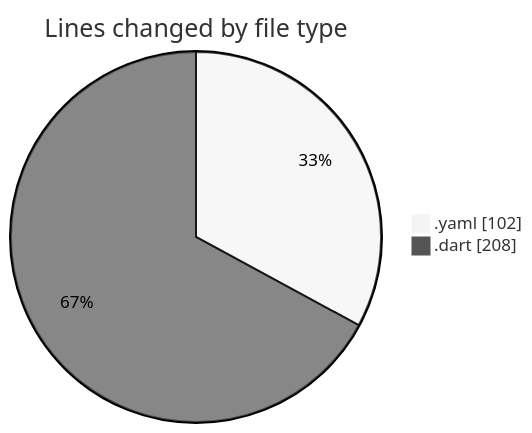
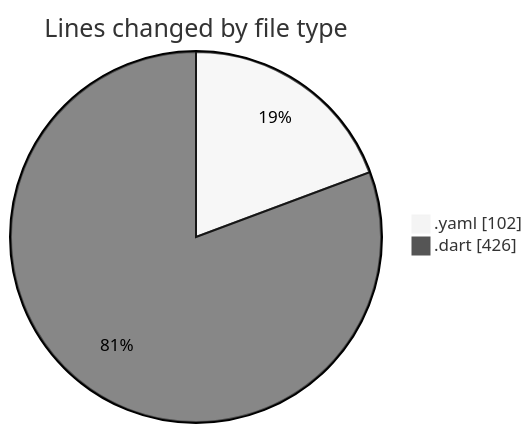
One commit to donsfak/code-tracking changed the first of 2 diagrams in 2025-02-04/maps_clone/README.md. Above: the diagram before and after it, drawn with Mermaid (neutral theme). The commit also changed other lines of this file and 1 other file, not shown here.

````diff
--- a/2025-02-04/maps_clone/README.md
+++ b/2025-02-04/maps_clone/README.md
@@ -22,6 +22,6 @@
 ```mermaid
 pie showData
 title Lines changed by file type
 ".yaml" : 102
-".dart" : 208
+".dart" : 426
 ```
````
